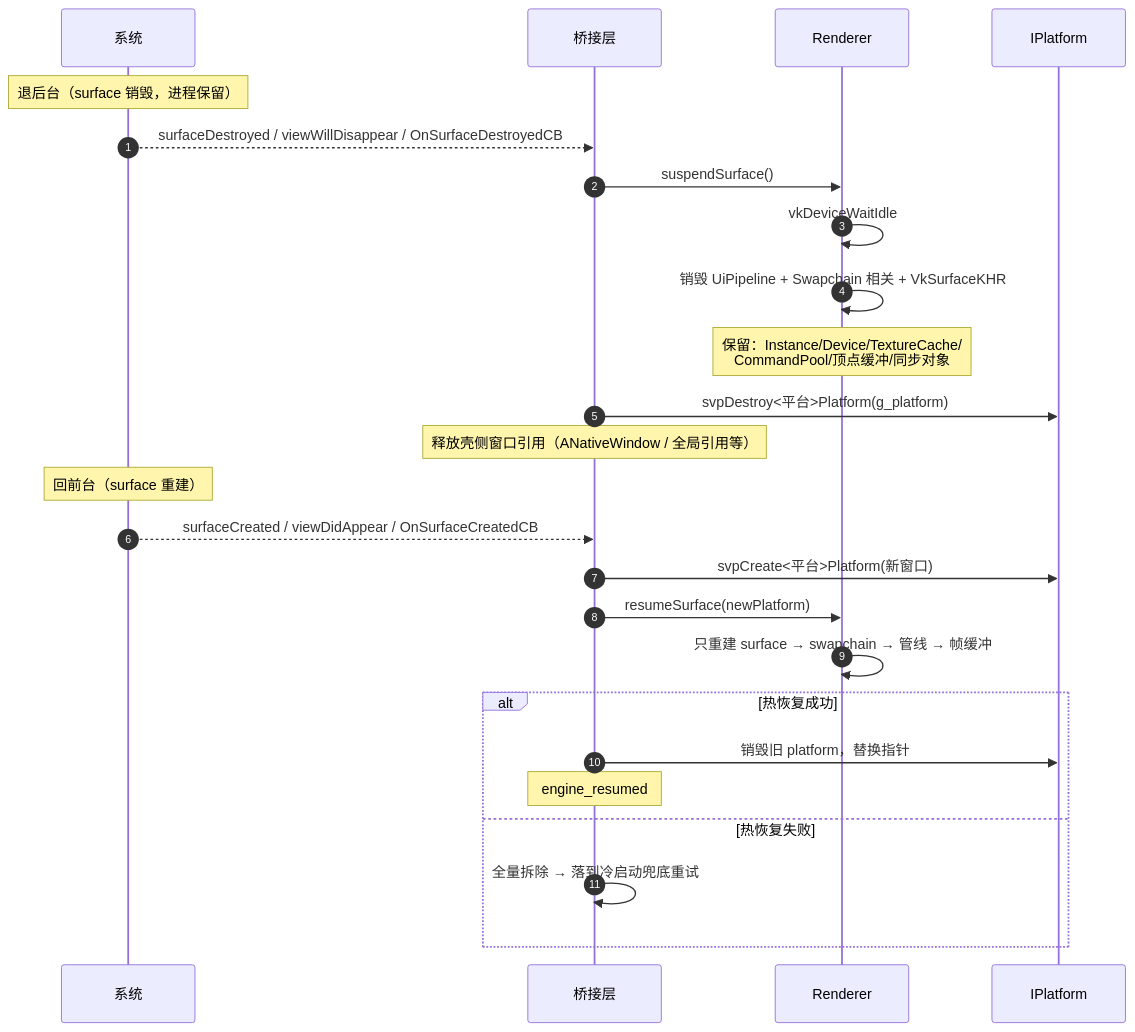
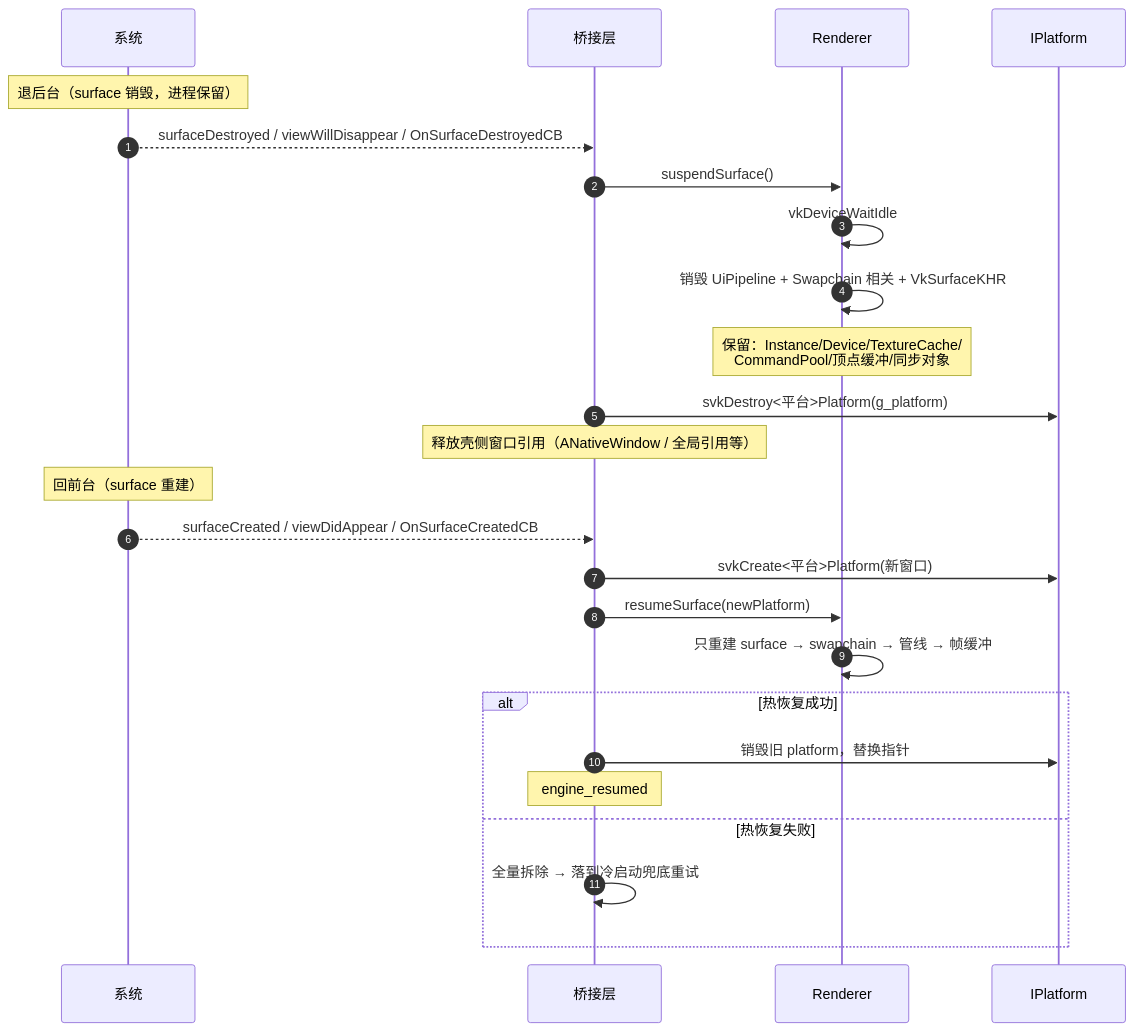
The eighth of 8 diagrams in docs/startup-sequence.md (helloworldwangziyi/SVK), drawn with Mermaid before and after one commit. The commit also changed other lines of this file and 45 other files, not shown here.

First line of the commit message:
refactor: 命名空间与工程标识 svp 统一更名为 svk，与项目名 SVK 保持一致

````diff
--- a/docs/startup-sequence.md
+++ b/docs/startup-sequence.md
@@ -271,29 +271,29 @@
 ```mermaid
 sequenceDiagram
     autonumber
     participant Sys as 系统
     participant Bridge as 桥接层
     participant R as Renderer
     participant Plat as IPlatform
 
     Note over Sys: 退后台（surface 销毁，进程保留）
     Sys-->>Bridge: surfaceDestroyed / viewWillDisappear / OnSurfaceDestroyedCB
     Bridge->>R: suspendSurface()
     R->>R: vkDeviceWaitIdle
     R->>R: 销毁 UiPipeline + Swapchain 相关 + VkSurfaceKHR
     Note over R: 保留：Instance/Device/TextureCache/<br/>CommandPool/顶点缓冲/同步对象
-    Bridge->>Plat: svpDestroy<平台>Platform(g_platform)
+    Bridge->>Plat: svkDestroy<平台>Platform(g_platform)
     Note over Bridge: 释放壳侧窗口引用（ANativeWindow / 全局引用等）
 
     Note over Sys: 回前台（surface 重建）
     Sys-->>Bridge: surfaceCreated / viewDidAppear / OnSurfaceCreatedCB
-    Bridge->>Plat: svpCreate<平台>Platform(新窗口)
+    Bridge->>Plat: svkCreate<平台>Platform(新窗口)
     Bridge->>R: resumeSurface(newPlatform)
     R->>R: 只重建 surface → swapchain → 管线 → 帧缓冲
     alt 热恢复成功
         Bridge->>Plat: 销毁旧 platform，替换指针
         Note over Bridge: engine_resumed
     else 热恢复失败
         Bridge->>Bridge: 全量拆除 → 落到冷启动兜底重试
     end
 ```
````
